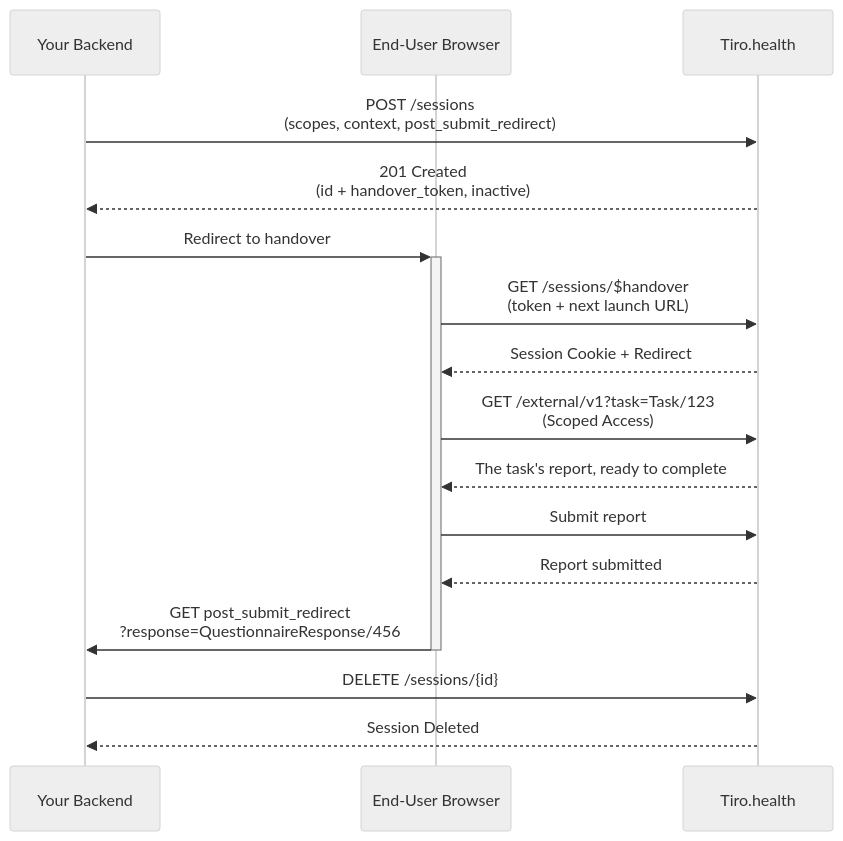
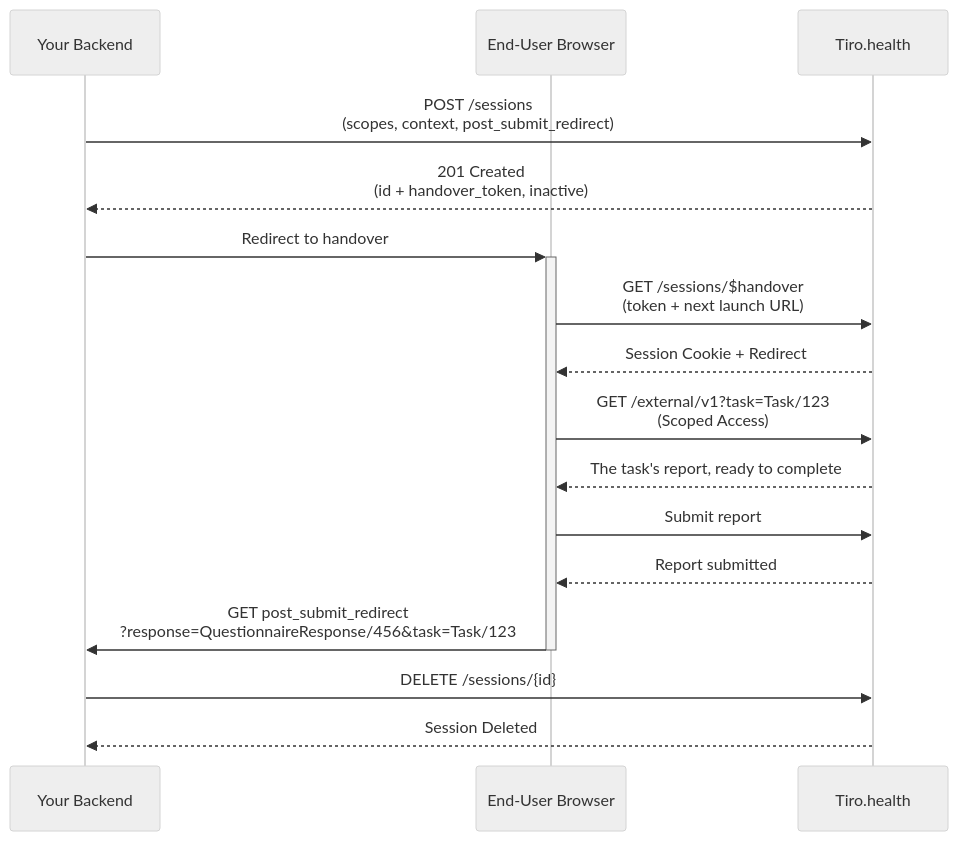
The diagram in src/app/api/session-management/page.mdx (Tiro-health/atticus-docs), drawn with Mermaid (neutral theme) before and after one commit. The commit also changed other lines of this file and 7 other files, not shown here.

First line of the commit message:
docs: submit redirect carries task= too; session lifetime is 7.5 days; fix stale tips anchors

````diff
--- a/src/app/api/session-management/page.mdx
+++ b/src/app/api/session-management/page.mdx
@@ -69,19 +69,19 @@
 ```mermaid
 sequenceDiagram
     participant Backend as Your Backend
     participant Browser as End-User Browser
     participant Tiro as Tiro.health
 
     Backend->>Tiro: POST /sessions<br/>(scopes, context, post_submit_redirect)
     Tiro-->>Backend: 201 Created<br/>(id + handover_token, inactive)
     Backend->>+Browser: Redirect to handover
     Browser->>Tiro: GET /sessions/$handover<br/>(token + next launch URL)
     Tiro-->>Browser: Session Cookie + Redirect
     Browser->>Tiro: GET /external/v1?task=Task/123<br/>(Scoped Access)
     Tiro-->>Browser: The task's report, ready to complete
     Browser->>Tiro: Submit report
     Tiro-->>Browser: Report submitted
-    Browser->>-Backend: GET post_submit_redirect<br/>?response=QuestionnaireResponse/456
+    Browser->>-Backend: GET post_submit_redirect<br/>?response=QuestionnaireResponse/456&task=Task/123
     Backend->>Tiro: DELETE /sessions/{id}
     Tiro-->>Backend: Session Deleted
 ```
````
